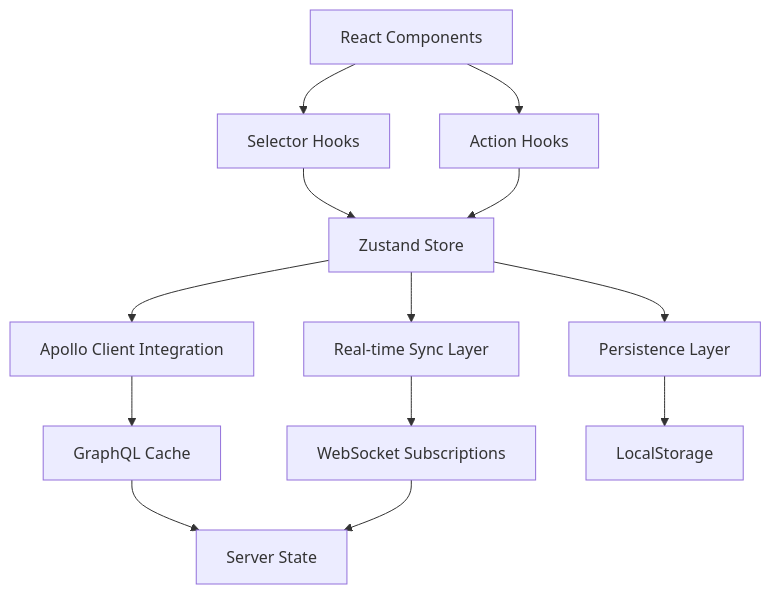
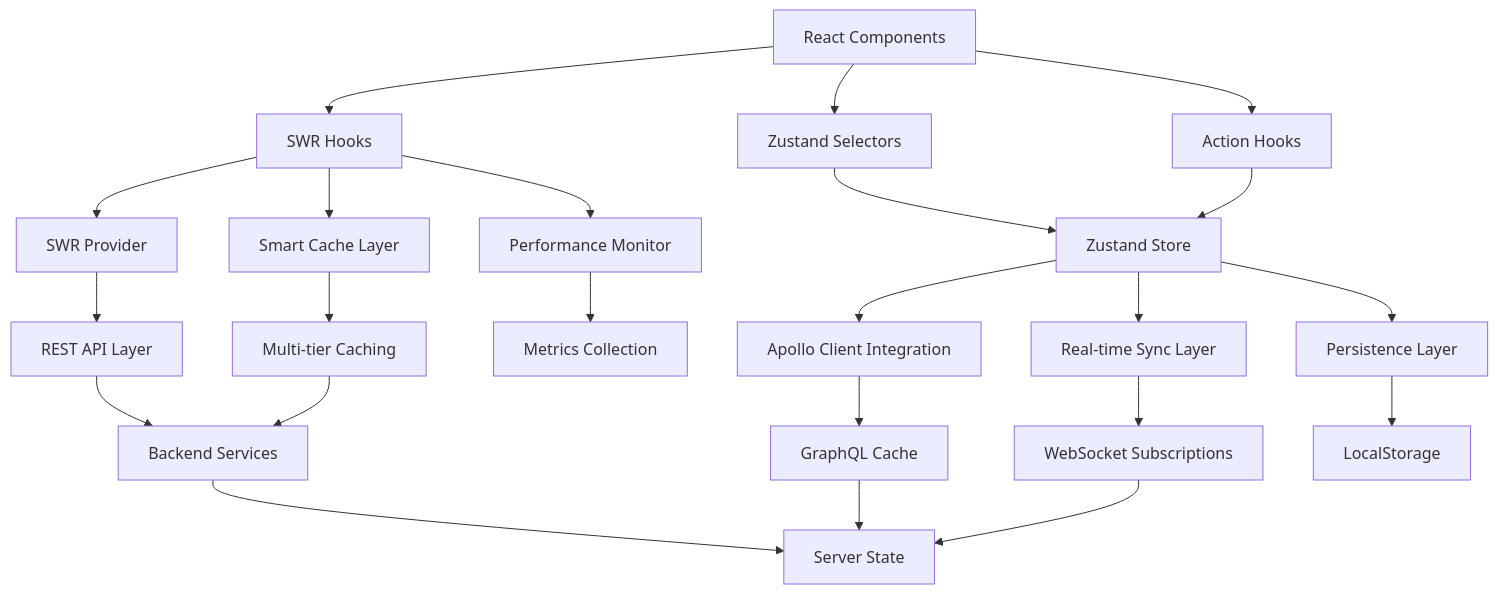
Before and after one commit to jacksonlee411/cube-castle: the diagram in docs/architecture/state_management_architecture.md, drawn with Mermaid. The commit also changed other lines of this file and 55 other files, not shown here.

````diff
--- a/docs/architecture/state_management_architecture.md
+++ b/docs/architecture/state_management_architecture.md
@@ -19,19 +19,31 @@
 ```mermaid
 graph TB
-    A[React Components] --> B[Selector Hooks]
-    A --> C[Action Hooks]
+    A[React Components] --> B[SWR Hooks]
+    A --> C[Zustand Selectors]
+    A --> D[Action Hooks]
     
-    B --> D[Zustand Store]
-    C --> D
+    B --> E[SWR Provider]
+    B --> F[Smart Cache Layer]
+    B --> G[Performance Monitor]
     
-    D --> E[Apollo Client Integration]
-    D --> F[Real-time Sync Layer]
-    D --> G[Persistence Layer]
+    C --> H[Zustand Store]
+    D --> H
     
-    E --> H[GraphQL Cache]
-    F --> I[WebSocket Subscriptions]
-    G --> J[LocalStorage]
+    E --> I[REST API Layer]
+    F --> J[Multi-tier Caching]
+    G --> K[Metrics Collection]
     
-    H --> K[Server State]
-    I --> K
+    H --> L[Apollo Client Integration]
+    H --> M[Real-time Sync Layer]
+    H --> N[Persistence Layer]
+    
+    I --> O[Backend Services]
+    J --> O
+    L --> P[GraphQL Cache]
+    M --> Q[WebSocket Subscriptions]
+    N --> R[LocalStorage]
+    
+    P --> S[Server State]
+    Q --> S
+    O --> S
 ```
````
